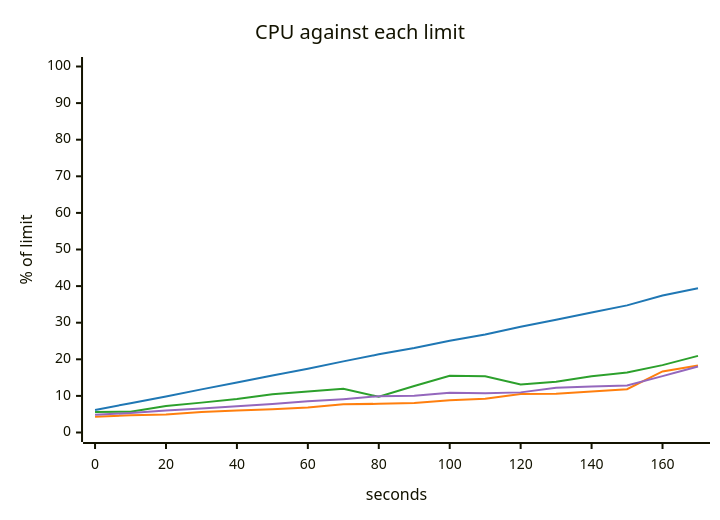
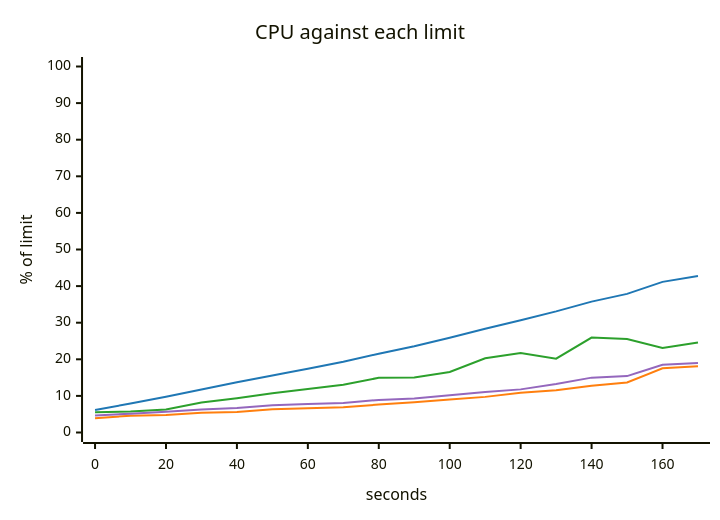
The fifth of 5 diagrams in scenarios/stale-orders/solutions/bigger-replica/report.md (akinfemi/load-lore), drawn with Mermaid before and after one commit. The commit also changed other lines of this file and 125 other files, not shown here.

````diff
--- a/scenarios/stale-orders/solutions/bigger-replica/report.md
+++ b/scenarios/stale-orders/solutions/bigger-replica/report.md
@@ -95,17 +94,17 @@
 ```mermaid
 ---
 config:
   themeVariables:
     xyChart:
       backgroundColor: "transparent"
       plotColorPalette: "#1f77b4, #ff7f0e, #2ca02c, #9467bd"
 ---
 xychart-beta
     title "CPU against each limit"
     x-axis "seconds" 0 --> 170
     y-axis "% of limit" 0 --> 100
-    line [6.174, 8.002, 9.838, 11.781, 13.668, 15.556, 17.441, 19.432, 21.351, 23.068, 25.054, 26.804, 28.92, 30.821, 32.809, 34.732, 37.425, 39.436]
-    line [4.291, 4.684, 4.905, 5.616, 5.983, 6.341, 6.863, 7.7, 7.84, 8.063, 8.834, 9.198, 10.516, 10.595, 11.175, 11.844, 16.685, 18.281]
-    line [5.58, 5.688, 7.269, 8.162, 9.159, 10.469, 11.233, 11.919, 9.768, 12.724, 15.472, 15.378, 13.114, 13.891, 15.346, 16.371, 18.413, 20.931]
-    line [4.823, 5.304, 6.038, 6.551, 7.186, 7.804, 8.511, 9.113, 9.928, 10.019, 10.854, 10.734, 10.963, 12.202, 12.578, 12.872, 15.402, 18.027]
+    line [6.126, 7.913, 9.78, 11.76, 13.737, 15.587, 17.427, 19.357, 21.512, 23.557, 25.886, 28.352, 30.674, 33.087, 35.753, 37.878, 41.16, 42.746]
+    line [3.921, 4.577, 4.749, 5.374, 5.635, 6.323, 6.638, 6.909, 7.636, 8.287, 9.005, 9.733, 10.87, 11.561, 12.749, 13.652, 17.53, 18.094]
+    line [5.563, 5.737, 6.297, 8.217, 9.388, 10.738, 11.882, 13.056, 14.94, 15.005, 16.53, 20.298, 21.733, 20.179, 25.926, 25.533, 23.097, 24.613]
+    line [4.641, 5.149, 5.694, 6.285, 6.711, 7.443, 7.785, 8.09, 8.892, 9.285, 10.194, 11.092, 11.782, 13.244, 14.993, 15.409, 18.499, 19.019]
 ```
````
